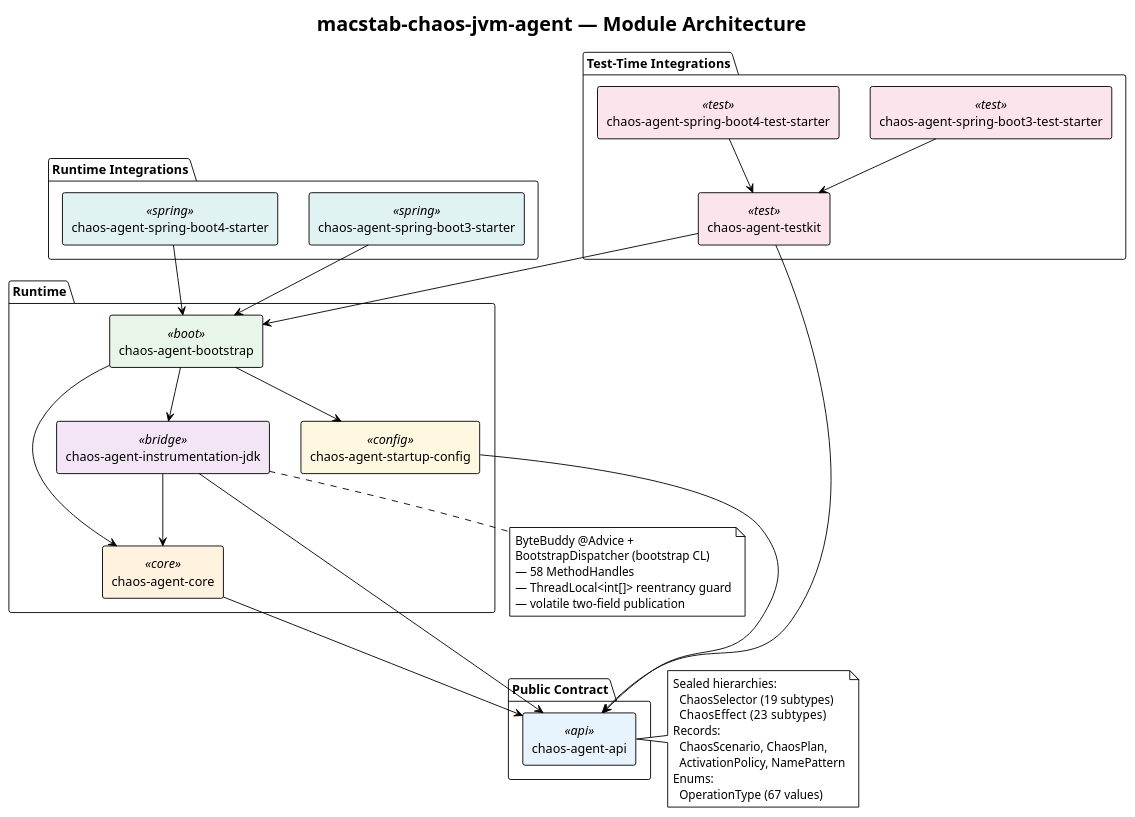
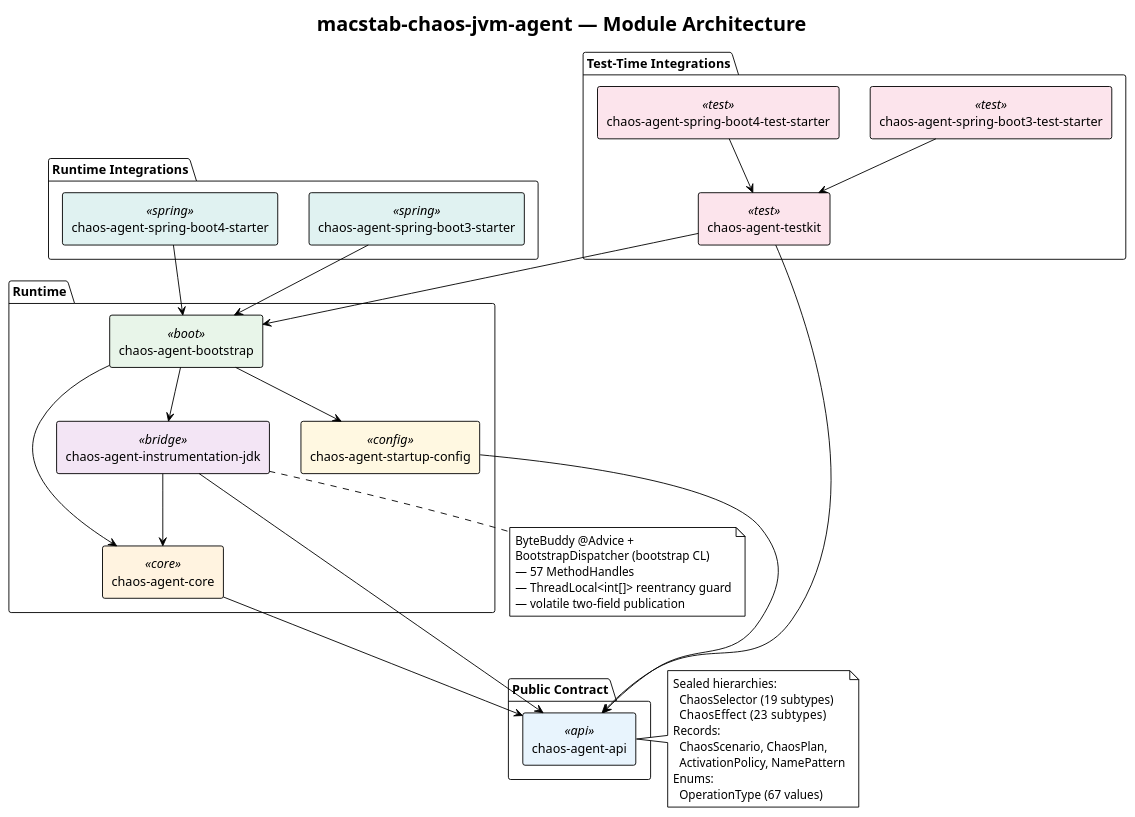
One commit to macstab/macstab-chaos-jvm-agent changed the diagram in README.md. Above: the diagram before and after it, drawn with PlantUML. The commit also changed other lines of this file and 10 other files, not shown here.

````diff
--- a/README.md
+++ b/README.md
@@ -784,76 +786,76 @@
 ```plantuml
 @startuml
 !theme plain
 title macstab-chaos-jvm-agent — Module Architecture
 
 skinparam componentStyle rectangle
 skinparam component {
   BackgroundColor<<api>> #E8F4FD
   BackgroundColor<<core>> #FFF3E0
   BackgroundColor<<bridge>> #F3E5F5
   BackgroundColor<<boot>> #E8F5E9
   BackgroundColor<<config>> #FFF8E1
   BackgroundColor<<test>> #FCE4EC
   BackgroundColor<<spring>> #E0F2F1
 }
 
 package "Public Contract" {
   [chaos-agent-api] <<api>>
 }
 
 package "Runtime" {
   [chaos-agent-core]                  <<core>>
   [chaos-agent-instrumentation-jdk]   <<bridge>>
   [chaos-agent-startup-config]        <<config>>
   [chaos-agent-bootstrap]             <<boot>>
 }
 
 package "Test-Time Integrations" {
   [chaos-agent-testkit]                     <<test>>
   [chaos-agent-spring-boot3-test-starter]   <<test>>
   [chaos-agent-spring-boot4-test-starter]   <<test>>
 }
 
 package "Runtime Integrations" {
   [chaos-agent-spring-boot3-starter]  <<spring>>
   [chaos-agent-spring-boot4-starter]  <<spring>>
 }
 
 [chaos-agent-core]                --> [chaos-agent-api]
 [chaos-agent-instrumentation-jdk] --> [chaos-agent-core]
 [chaos-agent-instrumentation-jdk] --> [chaos-agent-api]
 [chaos-agent-startup-config]      --> [chaos-agent-api]
 
 [chaos-agent-bootstrap] --> [chaos-agent-core]
 [chaos-agent-bootstrap] --> [chaos-agent-instrumentation-jdk]
 [chaos-agent-bootstrap] --> [chaos-agent-startup-config]
 
 [chaos-agent-testkit]                   --> [chaos-agent-bootstrap]
 [chaos-agent-testkit]                   --> [chaos-agent-api]
 [chaos-agent-spring-boot3-test-starter] --> [chaos-agent-testkit]
 [chaos-agent-spring-boot4-test-starter] --> [chaos-agent-testkit]
 
 [chaos-agent-spring-boot3-starter] --> [chaos-agent-bootstrap]
 [chaos-agent-spring-boot4-starter] --> [chaos-agent-bootstrap]
 
 note right of [chaos-agent-api]
   Sealed hierarchies:
     ChaosSelector (19 subtypes)
     ChaosEffect   (23 subtypes)
   Records:
     ChaosScenario, ChaosPlan,
     ActivationPolicy, NamePattern
   Enums:
     OperationType (67 values)
 end note
 
 note bottom of [chaos-agent-instrumentation-jdk]
   ByteBuddy @Advice +
   BootstrapDispatcher (bootstrap CL)
-  — 58 MethodHandles
+  — 57 MethodHandles
   — ThreadLocal<int[]> reentrancy guard
   — volatile two-field publication
 end note
 
 @enduml
 ```
````
